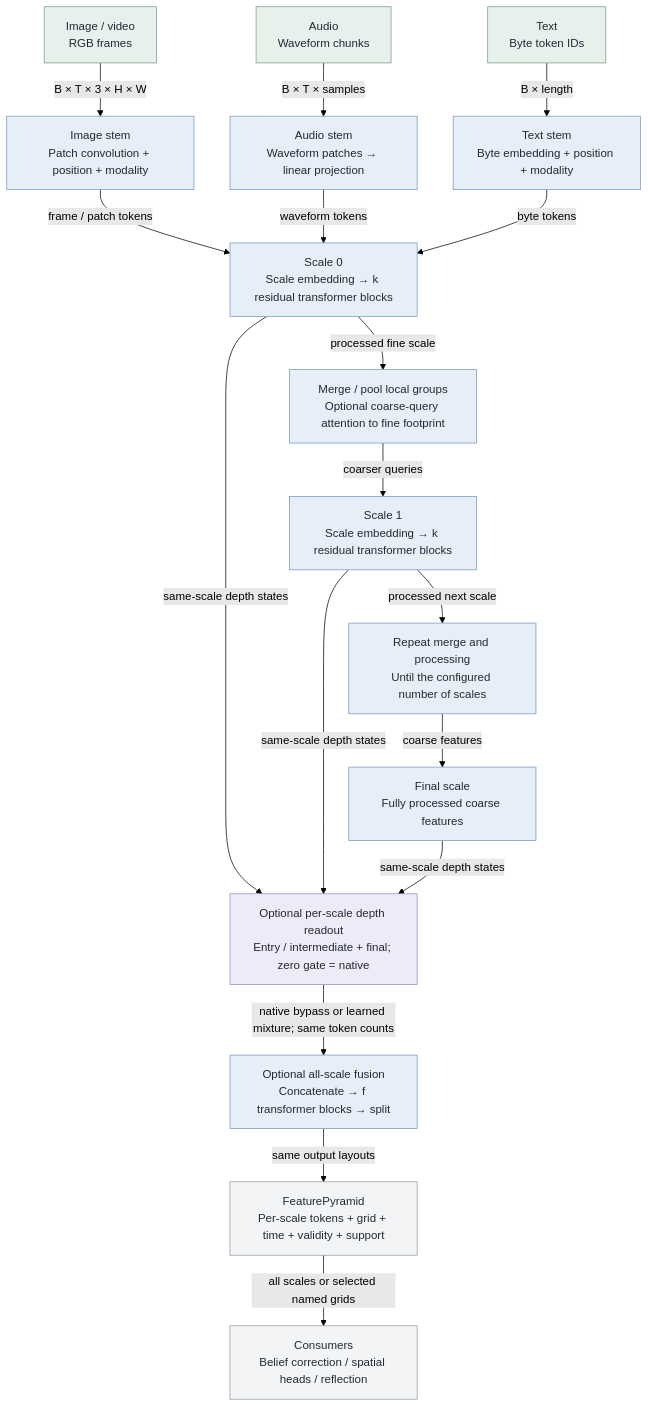
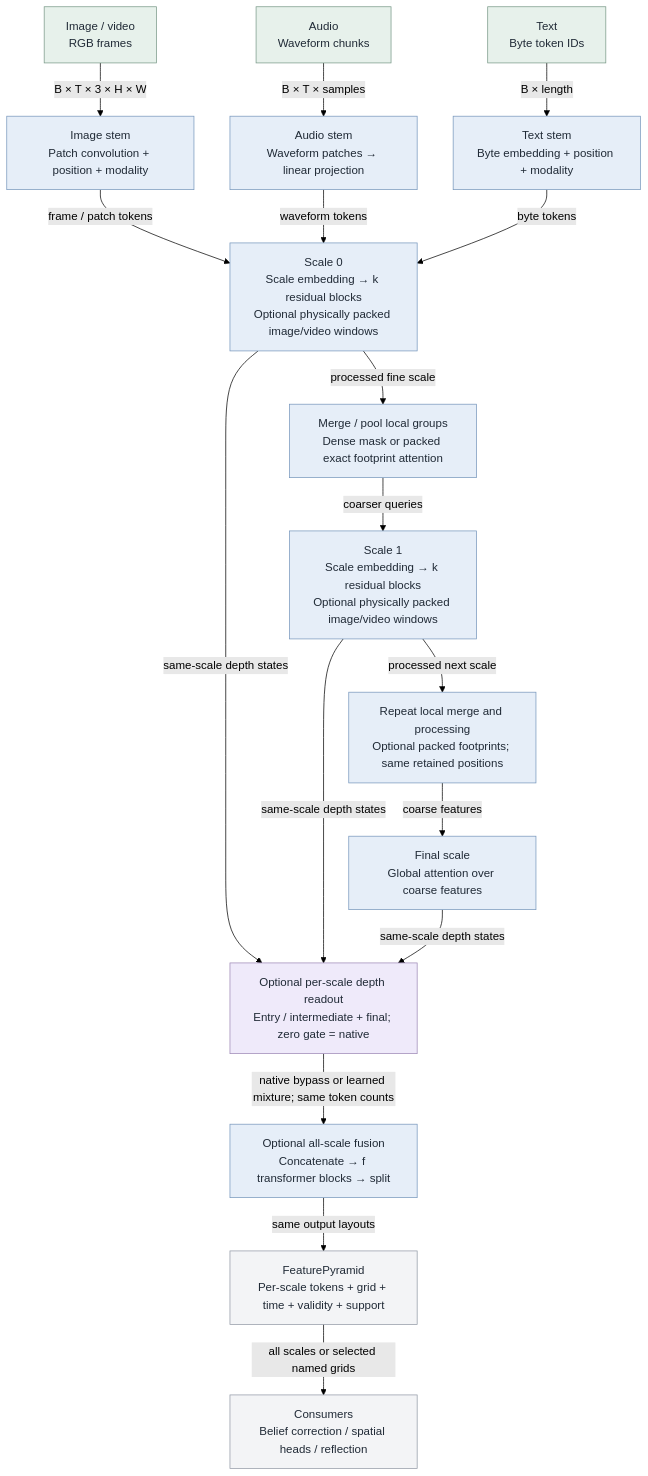
Before and after one commit to intrinsicD/path-wm: the second of 16 diagrams in docs/architecture-atlas.md, drawn with Mermaid (forest theme). The commit also changed other lines of this file and 15 other files, not shown here.

````diff
--- a/docs/architecture-atlas.md
+++ b/docs/architecture-atlas.md
@@ -133,55 +135,55 @@
 ```mermaid
 flowchart TB
     image["Image / video<br/>RGB frames"]
     class image external;
     audio["Audio<br/>Waveform chunks"]
     class audio external;
     text["Text<br/>Byte token IDs"]
     class text external;
     patch["Image stem<br/>Patch convolution + position + modality"]
     class patch learned;
     wave["Audio stem<br/>Waveform patches → linear projection"]
     class wave learned;
     embed["Text stem<br/>Byte embedding + position + modality"]
     class embed learned;
-    fine["Scale 0<br/>Scale embedding → k residual transformer blocks"]
+    fine["Scale 0<br/>Scale embedding → k residual blocks<br/>Optional physically packed image/video windows"]
     class fine learned;
-    merge1["Merge / pool local groups<br/>Optional coarse-query attention to fine footprint"]
+    merge1["Merge / pool local groups<br/>Dense mask or packed exact footprint attention"]
     class merge1 learned;
-    mid["Scale 1<br/>Scale embedding → k residual transformer blocks"]
+    mid["Scale 1<br/>Scale embedding → k residual blocks<br/>Optional physically packed image/video windows"]
     class mid learned;
-    merge2["Repeat merge and processing<br/>Until the configured number of scales"]
+    merge2["Repeat local merge and processing<br/>Optional packed footprints; same retained positions"]
     class merge2 learned;
-    coarse["Final scale<br/>Fully processed coarse features"]
+    coarse["Final scale<br/>Global attention over coarse features"]
     class coarse learned;
     depth_readout["Optional per-scale depth readout<br/>Entry / intermediate + final; zero gate = native"]
     class depth_readout optional;
     fusion["Optional all-scale fusion<br/>Concatenate → f transformer blocks → split"]
     class fusion learned;
     out["FeaturePyramid<br/>Per-scale tokens + grid + time + validity + support"]
     class out store;
     consumer["Consumers<br/>Belief correction / spatial heads / reflection"]
     class consumer store;
     image -->|"B × T × 3 × H × W"| patch
     audio -->|"B × T × samples"| wave
     text -->|"B × length"| embed
     patch -->|"frame / patch tokens"| fine
     wave -->|"waveform tokens"| fine
     embed -->|"byte tokens"| fine
     fine -->|"processed fine scale"| merge1
     merge1 -->|"coarser queries"| mid
     mid -->|"processed next scale"| merge2
     merge2 -->|"coarse features"| coarse
     fusion -->|"same output layouts"| out
     out -->|"all scales or selected named grids"| consumer
     fine -->|"same-scale depth states"| depth_readout
     mid -->|"same-scale depth states"| depth_readout
     coarse -->|"same-scale depth states"| depth_readout
     depth_readout -->|"native bypass or learned mixture; same token counts"| fusion
     classDef learned fill:#e6eef8,stroke:#7696bc,color:#202a36;
     classDef store fill:#f3f4f6,stroke:#9098a4,color:#202a36;
     classDef external fill:#e7f1eb,stroke:#789887,color:#202a36;
     classDef optional fill:#efeafa,stroke:#9c87b5,color:#202a36;
     classDef training fill:#fff0db,stroke:#bd934d,color:#202a36;
     classDef proposal fill:#fafafa,stroke:#9b9b9b,color:#202a36,stroke-dasharray:5 4;
 ```
````
